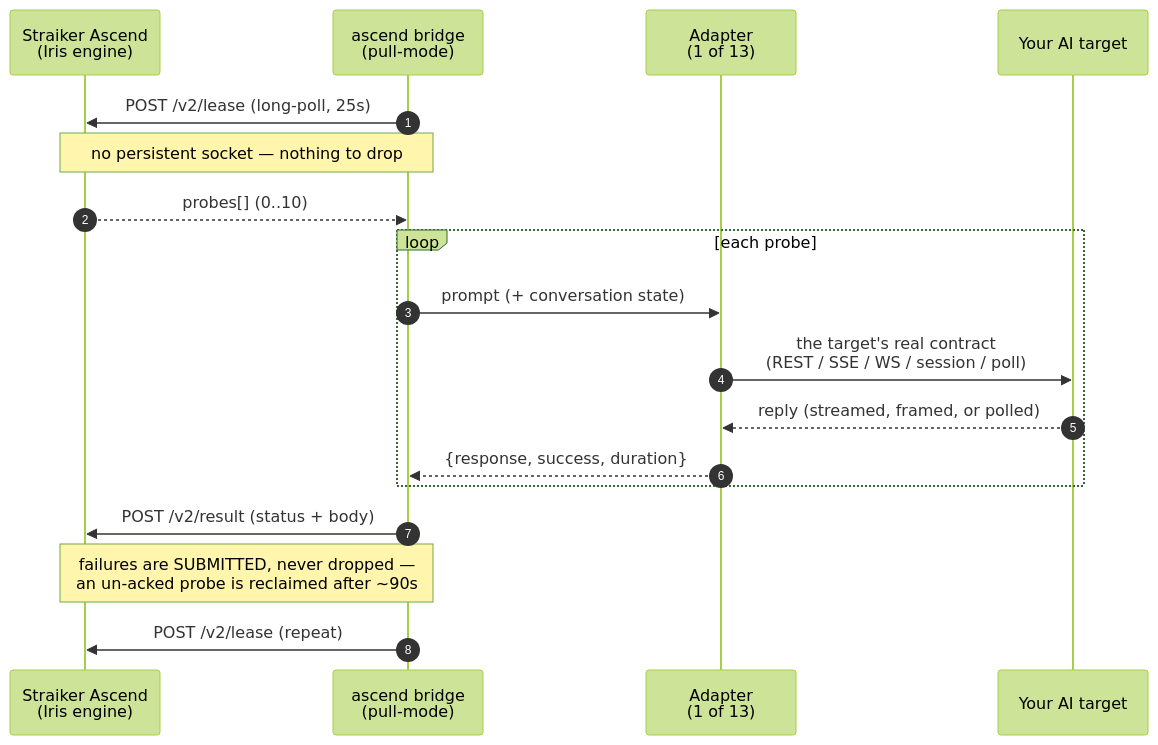
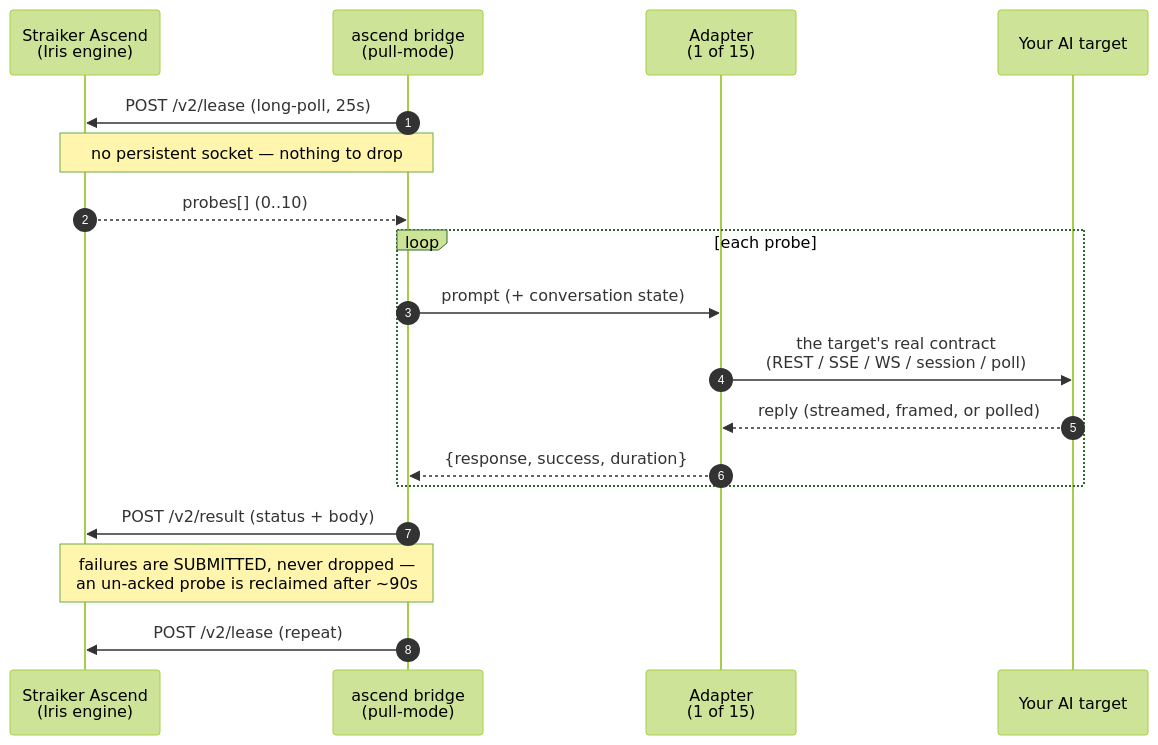
Before and after one commit to PhimmStraiker/ascend-cli: the first of 4 diagrams in README.md, drawn with Mermaid (forest theme). The commit also changed other lines of this file and 33 other files, not shown here.

First line of the commit message:
Resolve configs consistently, and make the docs and diagrams describe 1.1 (#29)

````diff
--- a/README.md
+++ b/README.md
@@ -56,21 +71,21 @@
 ```mermaid
 sequenceDiagram
     autonumber
     participant I as Straiker Ascend<br/>(Iris engine)
     participant B as ascend bridge<br/>(pull-mode)
-    participant A as Adapter<br/>(1 of 13)
+    participant A as Adapter<br/>(1 of 15)
     participant T as Your AI target
 
     B->>I: POST /v2/lease  (long-poll, 25s)
     Note over B,I: no persistent socket — nothing to drop
     I-->>B: probes[] (0..10)
     loop each probe
         B->>A: prompt (+ conversation state)
         A->>T: the target's real contract<br/>(REST / SSE / WS / session / poll)
         T-->>A: reply (streamed, framed, or polled)
         A-->>B: {response, success, duration}
     end
     B->>I: POST /v2/result  (status + body)
     Note over B,I: failures are SUBMITTED, never dropped —<br/>an un-acked probe is reclaimed after ~90s
     B->>I: POST /v2/lease  (repeat)
 ```
````
